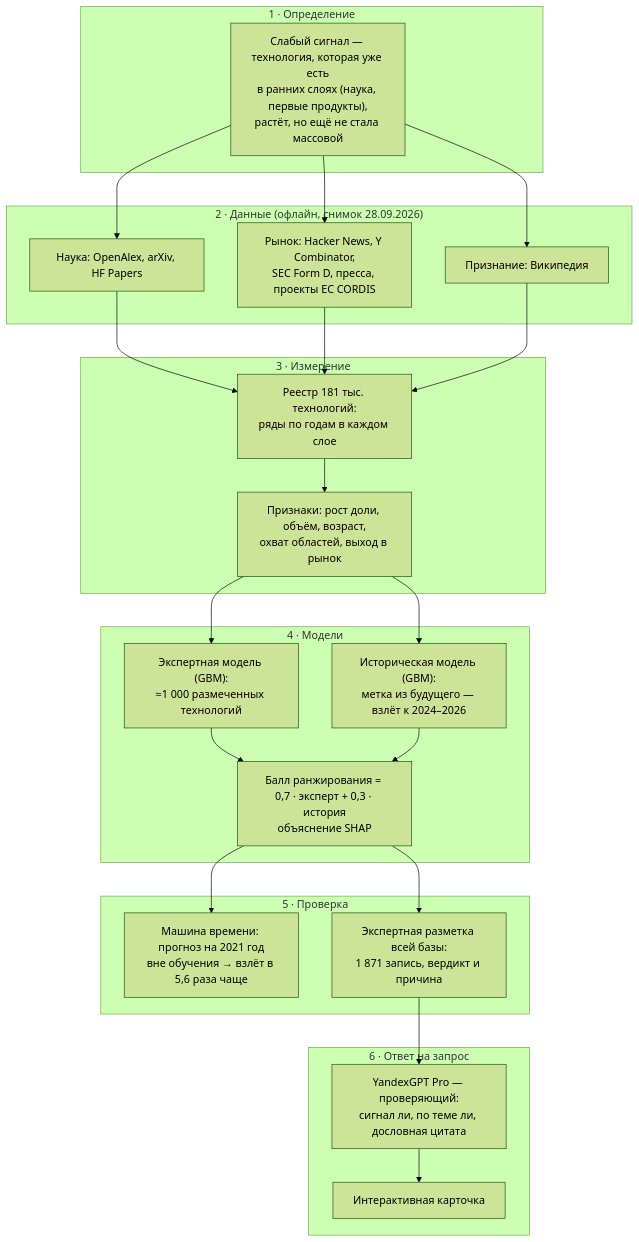
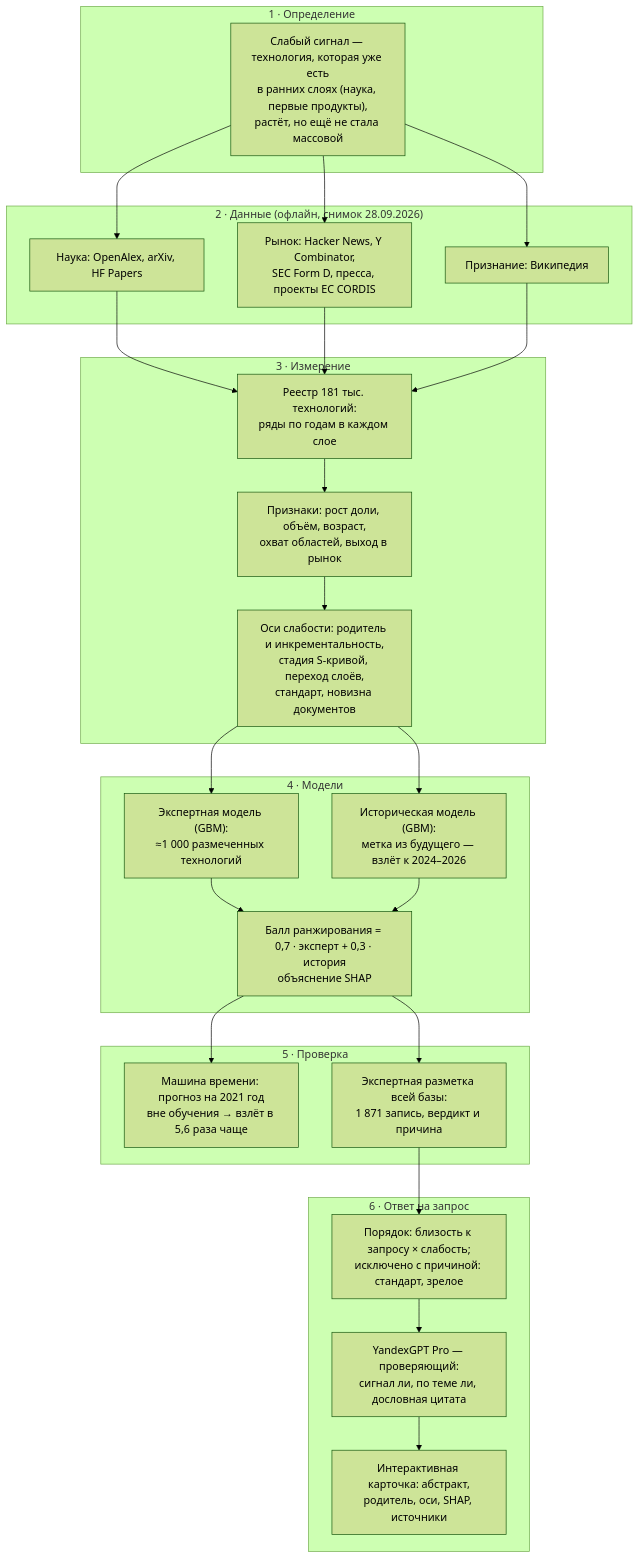
One commit to weak-signals-forecast/predvestnik changed the diagram in README.md. Above: the diagram before and after it, drawn with Mermaid (forest theme). The commit also changed other lines of this file and 44 other files, not shown here.

````diff
--- a/README.md
+++ b/README.md
@@ -55,31 +62,33 @@
 ```mermaid
 flowchart TB
     subgraph D0["1 · Определение"]
         H["Слабый сигнал — технология, которая уже есть<br/>в ранних слоях (наука, первые продукты),<br/>растёт, но ещё не стала массовой"]
     end
     subgraph D1["2 · Данные (офлайн, снимок 28.09.2026)"]
         C1["Наука: OpenAlex, arXiv, HF Papers"]
         C2["Рынок: Hacker News, Y Combinator,<br/>SEC Form D, пресса, проекты ЕС CORDIS"]
         C3["Признание: Википедия"]
     end
     subgraph D2["3 · Измерение"]
         R["Реестр 181 тыс. технологий:<br/>ряды по годам в каждом слое"]
         X["Признаки: рост доли, объём, возраст,<br/>охват областей, выход в рынок"]
+        A["Оси слабости: родитель и инкрементальность,<br/>стадия S-кривой, переход слоёв,<br/>стандарт, новизна документов"]
     end
     subgraph D3["4 · Модели"]
         M1["Экспертная модель (GBM):<br/>≈1 000 размеченных технологий"]
         M2["Историческая модель (GBM):<br/>метка из будущего — взлёт к 2024–2026"]
         B["Балл ранжирования = 0,7 · эксперт + 0,3 · история<br/>объяснение SHAP"]
     end
     subgraph D4["5 · Проверка"]
         V1["Машина времени: прогноз на 2021 год<br/>вне обучения → взлёт в 5,6 раза чаще"]
         V2["Экспертная разметка всей базы:<br/>1 871 запись, вердикт и причина"]
     end
     subgraph D5["6 · Ответ на запрос"]
+        O["Порядок: близость к запросу × слабость;<br/>исключено с причиной: стандарт, зрелое"]
         Y["YandexGPT Pro — проверяющий:<br/>сигнал ли, по теме ли, дословная цитата"]
-        K["Интерактивная карточка"]
+        K["Интерактивная карточка: абстракт,<br/>родитель, оси, SHAP, источники"]
     end
-    H --> C1 & C2 & C3 --> R --> X --> M1 & M2 --> B
+    H --> C1 & C2 & C3 --> R --> X --> A --> M1 & M2 --> B
     B --> V1
-    B --> V2 --> Y --> K
+    B --> V2 --> O --> Y --> K
 ```
````
